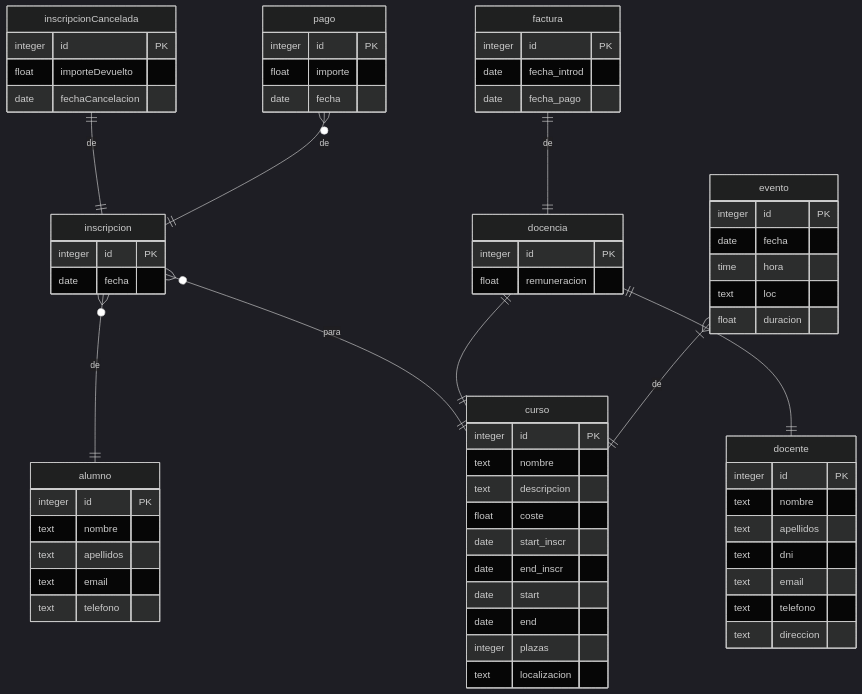
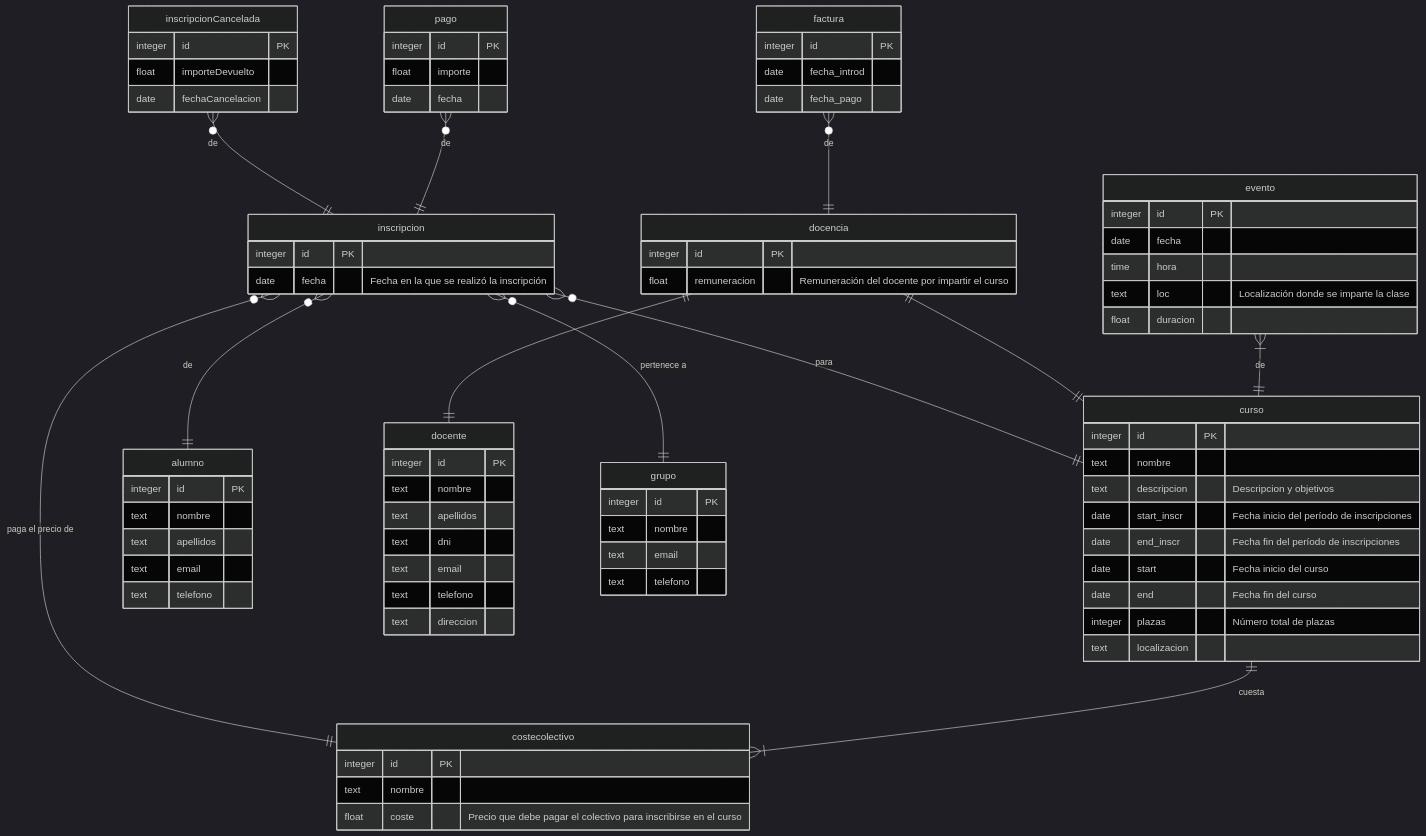
The first of 4 diagrams in docs/SI2022-PL41.md (miermontoto/SI2022-PL41), drawn with Mermaid (dark theme) before and after one commit. The commit also changed other lines of this file, not shown here.

````diff
--- a/docs/SI2022-PL41.md
+++ b/docs/SI2022-PL41.md
@@ -10,23 +13,22 @@
 	curso {
 		integer id PK
 		text nombre
-		text descripcion
-		float coste
-		date start_inscr
-		date end_inscr
-		date start
-		date end
-		integer plazas
+		text descripcion "Descripcion y objetivos"
+		date start_inscr "Fecha inicio del período de inscripciones"
+		date end_inscr "Fecha fin del período de inscripciones"
+		date start "Fecha inicio del curso"
+		date end "Fecha fin del curso"
+		integer plazas "Número total de plazas"
 		text localizacion
 	}
 	inscripcion {
 		 integer id PK
-		 date fecha
+		 date fecha "Fecha en la que se realizó la inscripción"
 	}
 	inscripcionCancelada {
 		 integer id PK
 		 float importeDevuelto
-		 date fechaCancelacion	
+		 date fechaCancelacion
 	}
 	alumno {
 		 integer id PK
@@ -36,23 +38,23 @@
 		 text telefono
 	}
 	docente {
-		 integer id PK 
-		 text nombre
-	     text apellidos
-	     text dni
-	     text email
-	     text telefono
-		 text direccion 
+		integer id PK 
+		text nombre
+	     	text apellidos
+	     	text dni
+	     	text email
+	     	text telefono
+		text direccion 
 	}
 	docencia {
 		 integer id PK
-		 float remuneracion
+		 float remuneracion "Remuneración del docente por impartir el curso"
 	}
 	evento {
 		integer id PK
 		date fecha
 		time hora
-		text loc
+		text loc "Localización donde se imparte la clase"
 		float duracion
 	}
 	pago {
@@ -65,11 +67,24 @@
 		 date fecha_introd
 		 date fecha_pago
 	}
+	costecolectivo {
+		integer id PK
+		text nombre
+		float coste "Precio que debe pagar el colectivo para inscribirse en el curso"
+	}
+	grupo {
+		integer id PK
+		text nombre
+		text email
+		text telefono
+	}
 
 	inscripcion }o--|| alumno : "de"
-    inscripcion }o--|| curso : "para"
+    	inscripcion }o--|| curso : "para"
+	inscripcion }o--|| costecolectivo : "paga el precio de"
+	inscripcion }o--|| grupo : "pertenece a"
 
-	inscripcionCancelada ||--|| inscripcion : "de"
+	inscripcionCancelada }o--|| inscripcion : "de"
 
 	docencia ||--|| docente : ""
 	docencia ||--|| curso : ""
@@ -78,5 +93,7 @@
 
 	pago }o--|| inscripcion : "de"
  
-	factura ||--|| docencia : "de"
+	factura }o--|| docencia : "de"
+	
+	curso ||--|{ costecolectivo : "cuesta"
 ```
````
